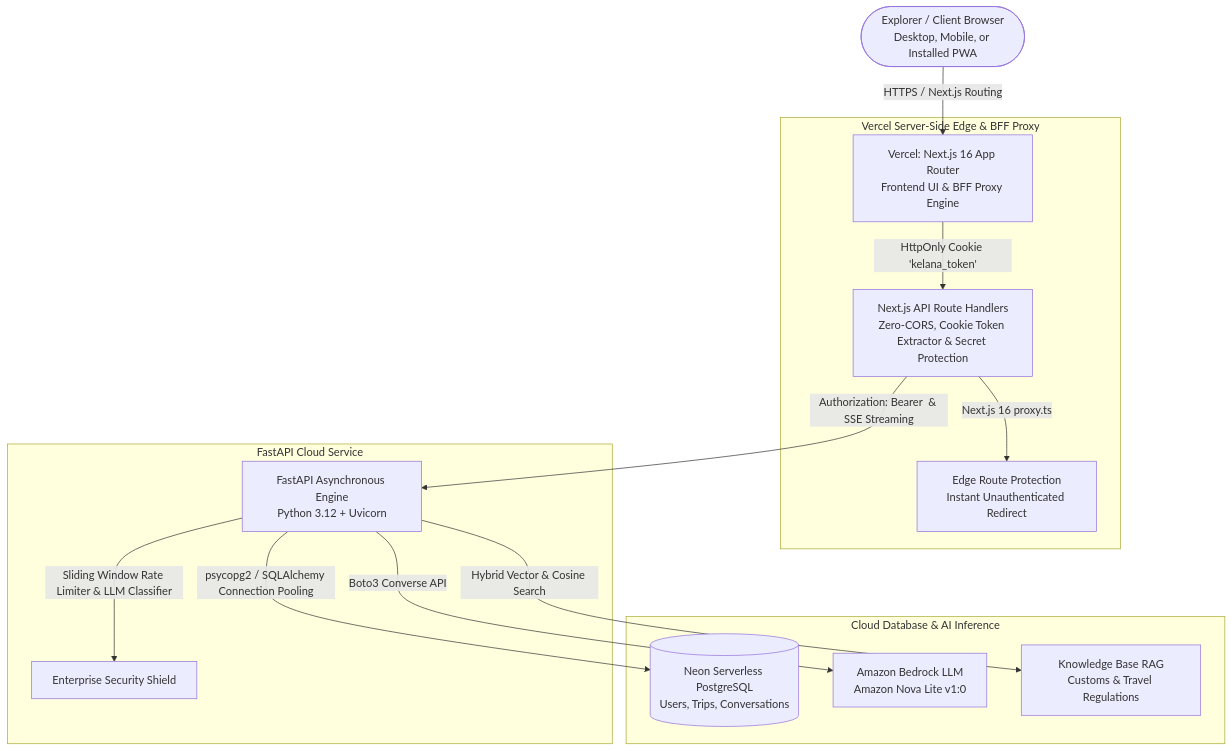
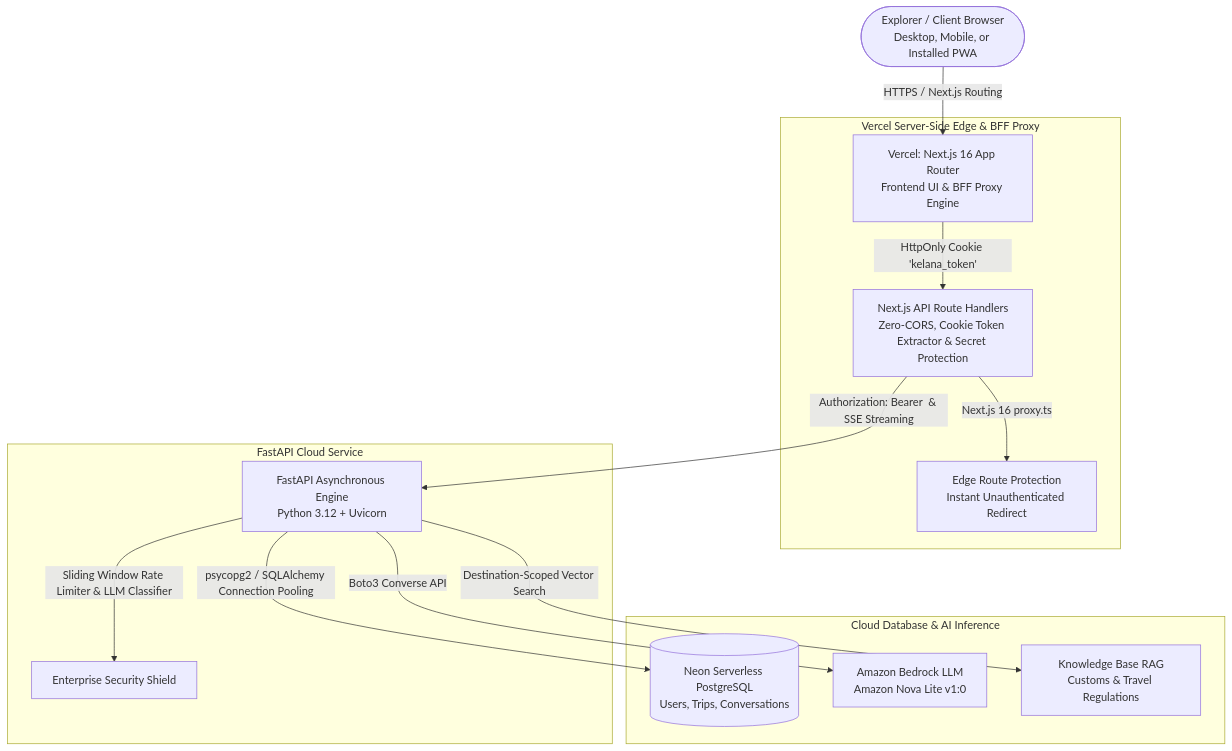
One commit to ignasiusadhitia/kelana-ai changed the diagram in README.md. Above: the diagram before and after it, drawn with Mermaid. The commit also changed other lines of this file and 1 other file, not shown here.

Commit message:
docs: update /about and README with Model 3 architecture, modular breakdown, and documentation standards

````diff
--- a/README.md
+++ b/README.md
@@ -31,20 +32,20 @@
 ```mermaid
 graph TD
     User([Explorer / Client Browser\nDesktop, Mobile, or Installed PWA]) -->|HTTPS / Next.js Routing| Vercel[Vercel: Next.js 16 App Router\nFrontend UI & BFF Proxy Engine]
     
     subgraph Vercel_Edge [Vercel Server-Side Edge & BFF Proxy]
         Vercel -->|HttpOnly Cookie 'kelana_token'| BFF[Next.js API Route Handlers\nZero-CORS, Cookie Token Extractor & Secret Protection]
         BFF -->|Next.js 16 proxy.ts| EdgeGuard[Edge Route Protection\nInstant Unauthenticated Redirect]
     end
     
     subgraph Cloud_Backend [FastAPI Cloud Service]
         BFF -->|Authorization: Bearer <token> & SSE Streaming| FastAPI[FastAPI Asynchronous Engine\nPython 3.12 + Uvicorn]
         FastAPI -->|Sliding Window Rate Limiter & LLM Classifier| Guardrails[Enterprise Security Shield]
     end
     
     subgraph Data_Layer [Cloud Database & AI Inference]
         FastAPI -->|psycopg2 / SQLAlchemy Connection Pooling| Neon[(Neon Serverless PostgreSQL\nUsers, Trips, Conversations)]
         FastAPI -->|Boto3 Converse API| Bedrock[Amazon Bedrock LLM\nAmazon Nova Lite v1:0]
-        FastAPI -->|Hybrid Vector & Cosine Search| RAG[Knowledge Base RAG\nCustoms & Travel Regulations]
+        FastAPI -->|Destination-Scoped Vector Search| RAG[Knowledge Base RAG\nCustoms & Travel Regulations]
     end
 ```
````
